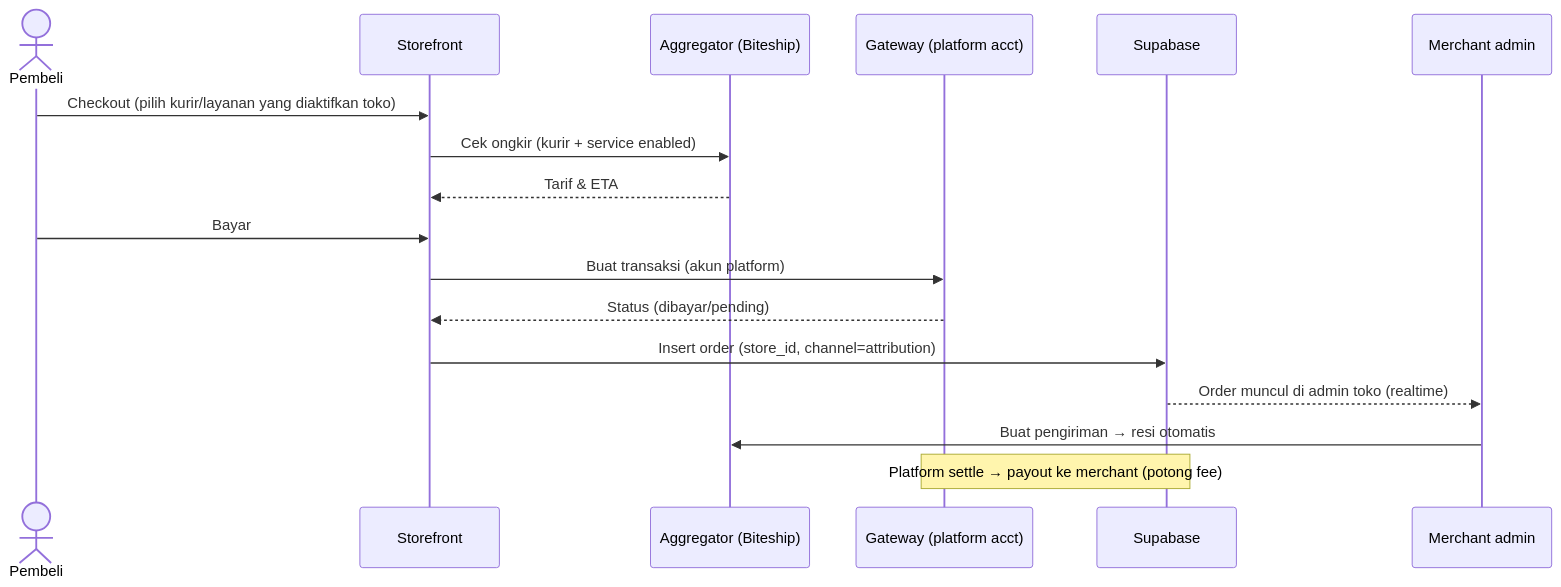
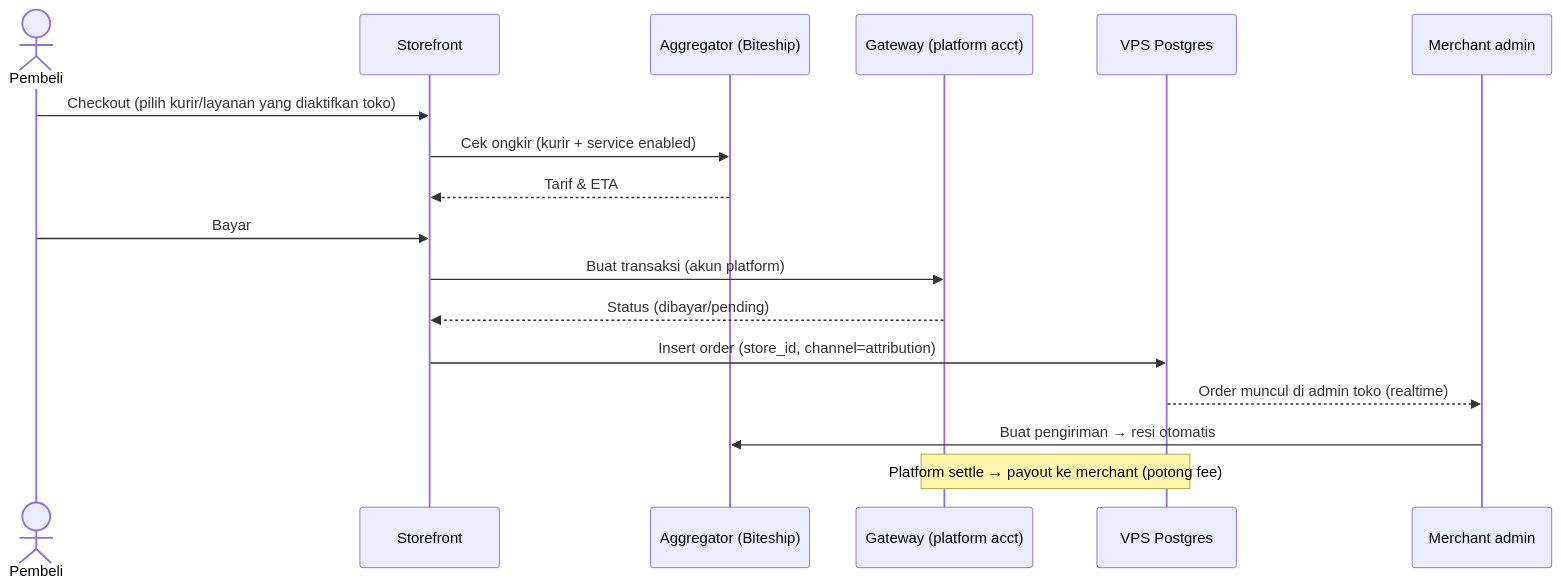
Before and after one commit to ongkipro/tokophi: the fifth of 11 diagrams in specs/docs/UML.md, drawn with Mermaid. The commit also changed other lines of this file and 17 other files, not shown here.

First line of the commit message:
docs: prod backend = self-hosted Postgres + PostgREST on VPS (not Supabase)

````diff
--- a/specs/docs/UML.md
+++ b/specs/docs/UML.md
@@ -263,20 +263,20 @@
 ```mermaid
 sequenceDiagram
   actor Pembeli
   participant SF as Storefront
   participant AGG as Aggregator (Biteship)
   participant PG as Gateway (platform acct)
-  participant DB as Supabase
+  participant DB as VPS Postgres
   participant AD as Merchant admin
 
   Pembeli->>SF: Checkout (pilih kurir/layanan yang diaktifkan toko)
   SF->>AGG: Cek ongkir (kurir + service enabled)
   AGG-->>SF: Tarif & ETA
   Pembeli->>SF: Bayar
   SF->>PG: Buat transaksi (akun platform)
   PG-->>SF: Status (dibayar/pending)
   SF->>DB: Insert order (store_id, channel=attribution)
   DB-->>AD: Order muncul di admin toko (realtime)
   AD->>AGG: Buat pengiriman → resi otomatis
   Note over PG,DB: Platform settle → payout ke merchant (potong fee)
 ```
````
